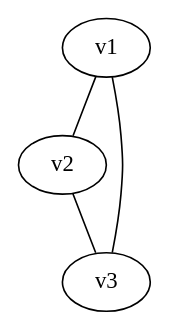
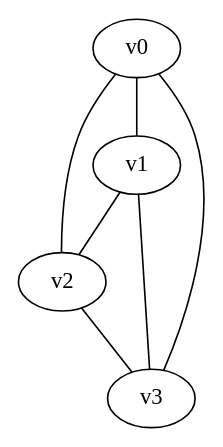
One commit to dartmann/GraphAlgorithm changed the diagram in resource/graphData.dot. Above: the diagram before and after it, drawn with Graphviz. The commit also changed 4 other files, not shown here.

```diff
--- a/resource/graphData.dot
+++ b/resource/graphData.dot
@@ -1,5 +1,8 @@
-graph G_1430952461972 {
+graph 1431002753123 {
+	v0 -- v1;
+	v0 -- v2;
 	v1 -- v2;
+	v0 -- v3;
 	v1 -- v3;
 	v2 -- v3;
 }
```
